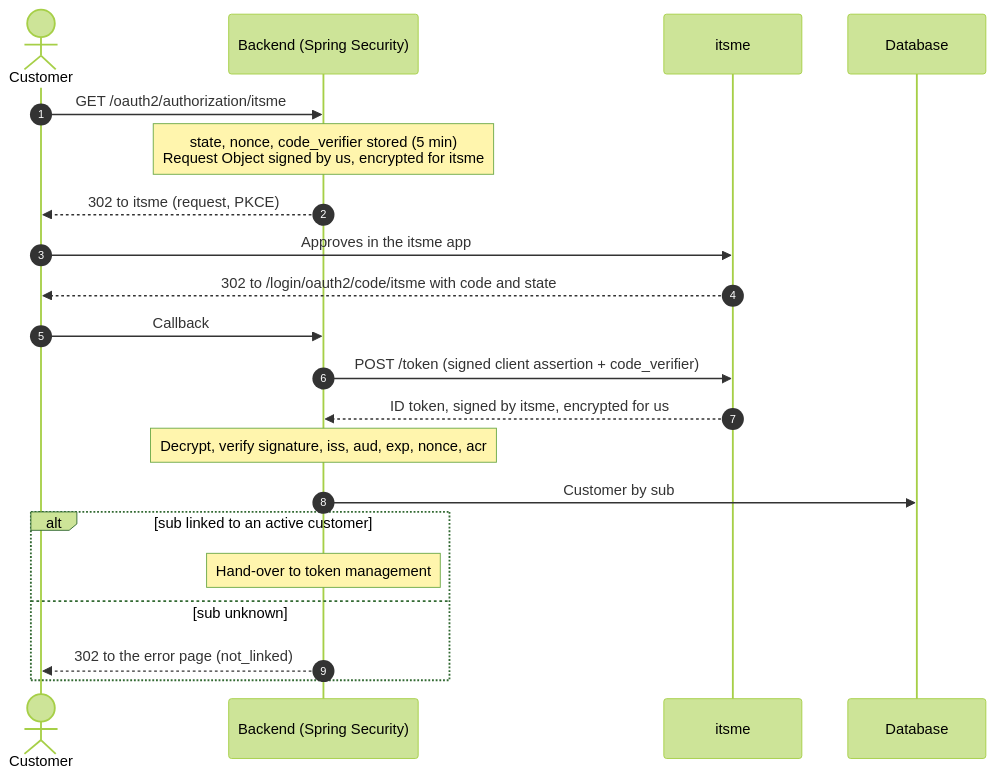
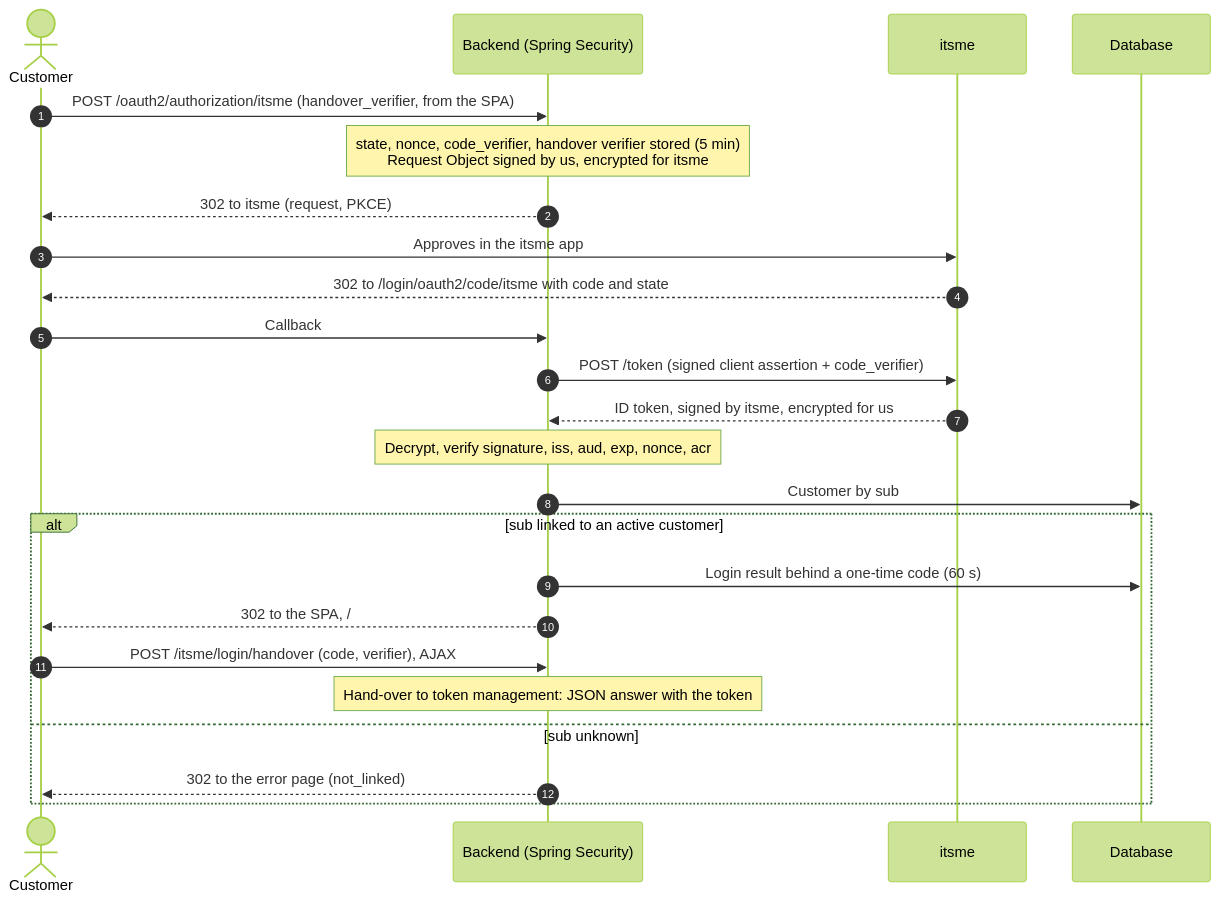
The first of 2 diagrams in README.md (damienbr/stateless-oidc-login-sample), drawn with Mermaid (forest theme) before and after one commit. The commit also changed other lines of this file and 47 other files, not shown here.

````diff
--- a/README.md
+++ b/README.md
@@ -297,24 +314,27 @@
 ```mermaid
 sequenceDiagram
     autonumber
     actor U as Customer
     participant B as Backend (Spring Security)
     participant I as itsme
     participant D as Database
 
-    U->>B: GET /oauth2/authorization/itsme
-    Note over B: state, nonce, code_verifier stored (5 min)<br/>Request Object signed by us, encrypted for itsme
+    U->>B: POST /oauth2/authorization/itsme (handover_verifier, from the SPA)
+    Note over B: state, nonce, code_verifier, handover verifier stored (5 min)<br/>Request Object signed by us, encrypted for itsme
     B-->>U: 302 to itsme (request, PKCE)
     U->>I: Approves in the itsme app
     I-->>U: 302 to /login/oauth2/code/itsme with code and state
     U->>B: Callback
     B->>I: POST /token (signed client assertion + code_verifier)
     I-->>B: ID token, signed by itsme, encrypted for us
     Note over B: Decrypt, verify signature, iss, aud, exp, nonce, acr
     B->>D: Customer by sub
     alt sub linked to an active customer
-        Note over B: Hand-over to token management
+        B->>D: Login result behind a one-time code (60 s)
+        B-->>U: 302 to the SPA, /#handover=code
+        U->>B: POST /itsme/login/handover (code, verifier), AJAX
+        Note over B: Hand-over to token management: JSON answer with the token
     else sub unknown
         B-->>U: 302 to the error page (not_linked)
     end
 ```
````
